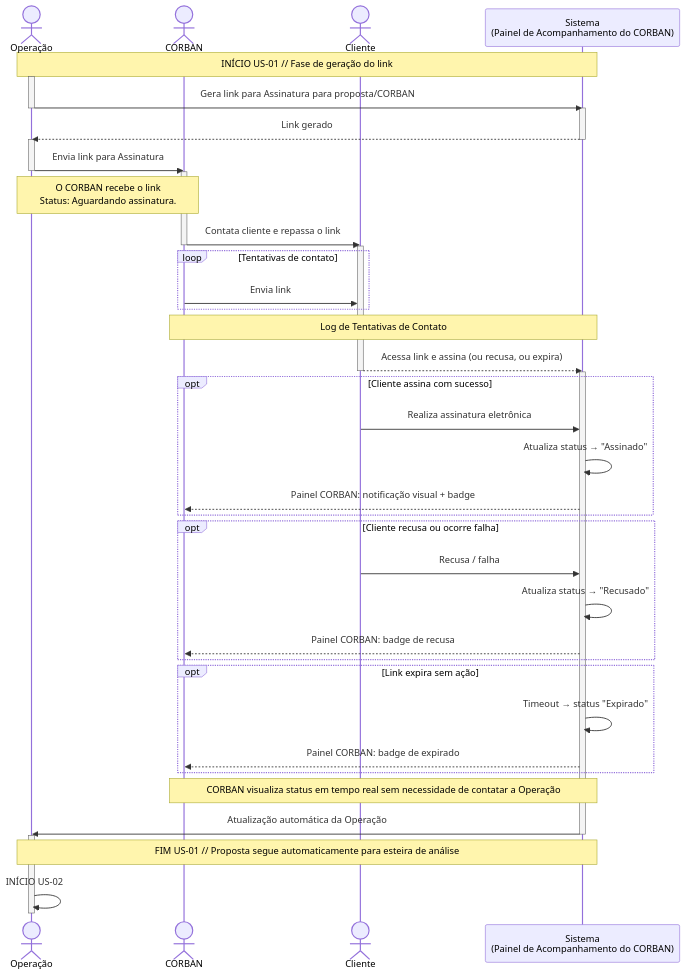
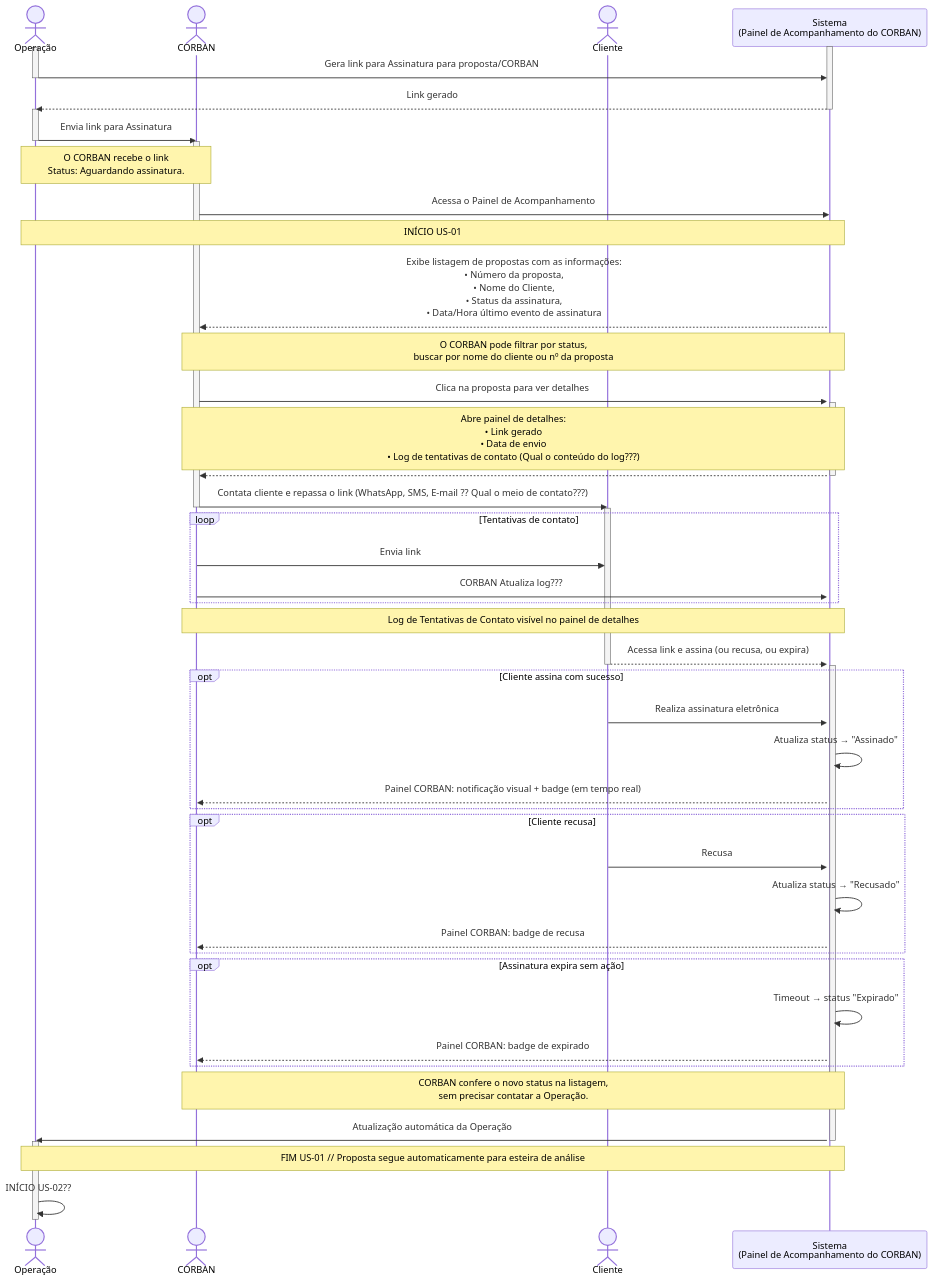
One commit to j-fborges/neocredito changed the first of 2 diagrams in README.md. Above: the diagram before and after it, drawn with Mermaid. The commit also changed other lines of this file, not shown here.

First line of the commit message:
docs: Revise README structure and improve user stories diagrams

````diff
--- a/README.md
+++ b/README.md
@@ -23,61 +23,73 @@
 ```mermaid
 sequenceDiagram
     actor O as Operação
     actor C as CORBAN
     actor Cl as Cliente
     participant S as Sistema<br>(Painel de Acompanhamento do CORBAN)
 
-    Note over O, S: INÍCIO US-01 // Fase de geração do link
+    activate S
     activate O
     O->>S: Gera link para Assinatura para proposta/CORBAN #123
     deactivate O
-    activate S
     S-->>O: Link gerado
     deactivate S
     activate O
 
     O->>C: Envia link para Assinatura
     deactivate O
     activate C
-    Note over O,C: O CORBAN recebe o link<br>Status: Aguardando assinatura.
+    Note over O, C: O CORBAN recebe o link<br>Status: Aguardando assinatura.
 
+    C->>S: Acessa o Painel de Acompanhamento
+    Note over O, S: INÍCIO US-01
+    activate S
+    S-->>C: Exibe listagem de propostas com as informações:<br>• Número da proposta,<br>• Nome do Cliente,<br>• Status da assinatura,<br>• Data/Hora último evento de assinatura
 
-    C->>Cl: Contata cliente e repassa o link
+    Note over C, S: O CORBAN pode filtrar por status,<br>buscar por nome do cliente ou nº da proposta
+
+    C->>S: Clica na proposta para ver detalhes
+    activate S
+    Note over S,C: Abre painel de detalhes:<br>• Link gerado<br>• Data de envio<br>• Log de tentativas de contato (Qual o conteúdo do log???)
+    S-->>C:
+    deactivate S
+
+    C->>Cl: Contata cliente e repassa o link (WhatsApp, SMS, E-mail ?? Qual o meio de contato???)
     deactivate C
     activate Cl
     loop Tentativas de contato
         C->>Cl: Envia link
+        C->>S: CORBAN Atualiza log???
     end
-    Note over C,S: Log de Tentativas de Contato
+    Note over C, S: Log de Tentativas de Contato visível no painel de detalhes
 
     Cl-->>S: Acessa link e assina (ou recusa, ou expira)
     deactivate Cl
 
     activate S
     opt Cliente assina com sucesso
         Cl->>S: Realiza assinatura eletrônica
         S->>S: Atualiza status → "Assinado"
-        S-->>C: Painel CORBAN: notificação visual + badge
+        S-->>C: Painel CORBAN: notificação visual + badge (em tempo real)
     end
 
-    opt Cliente recusa ou ocorre falha
-        Cl->>S: Recusa / falha
+    opt Cliente recusa
+        Cl->>S: Recusa
         S->>S: Atualiza status → "Recusado"
         S-->>C: Painel CORBAN: badge de recusa
     end
 
-    opt Link expira sem ação
+    opt Assinatura expira sem ação
         S->>S: Timeout → status "Expirado"
         S-->>C: Painel CORBAN: badge de expirado
     end
 
-    Note over C, S: CORBAN visualiza status em tempo real sem necessidade de contatar a Operação
+    Note over C, S: CORBAN confere o novo status na listagem,<br>sem precisar contatar a Operação.
 
     S->>O: Atualização automática da Operação
     deactivate S
     activate O
     Note over S, O: FIM US-01 // Proposta segue automaticamente para esteira de análise
 
-    O->>O: INÍCIO US-02
+    O->>O: INÍCIO US-02??
     deactivate O
 ```
````
